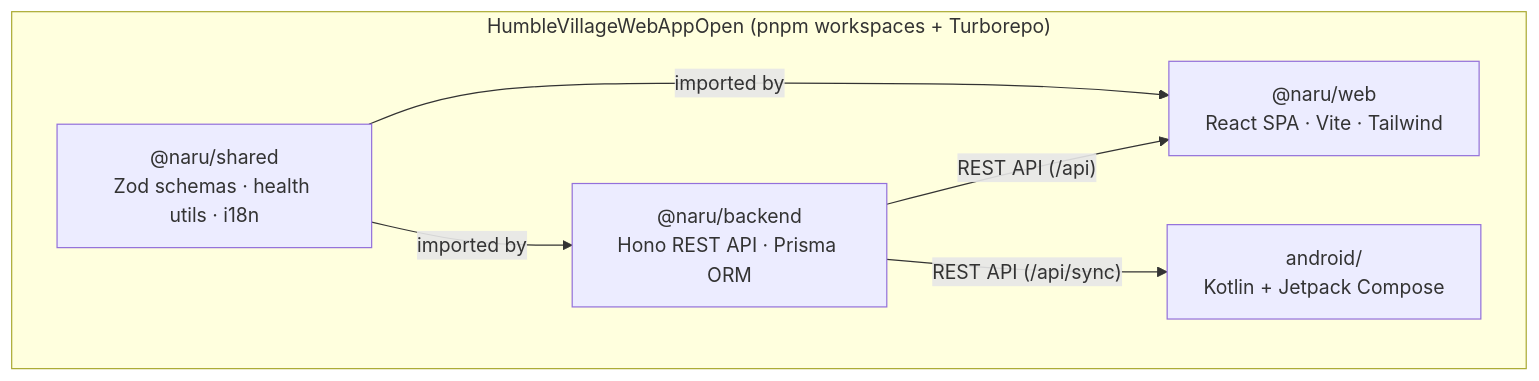
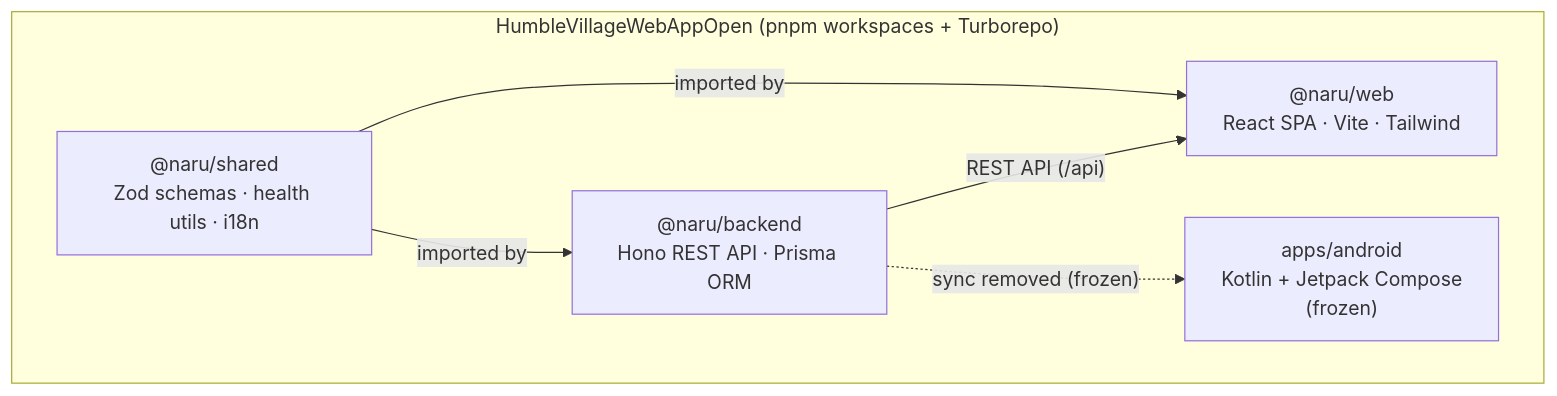
One commit to the-humble-village/naru_website changed the first of 10 diagrams in docs/ARCHITECTURE.md. Above: the diagram before and after it, drawn with Mermaid. The commit also changed 3 other files, not shown here.

First line of the commit message:
Add apps/android placeholder and fix stale Android docs

````diff
--- a/docs/ARCHITECTURE.md
+++ b/docs/ARCHITECTURE.md
@@ -11,14 +11,14 @@
 ```mermaid
 graph TD
     subgraph Monorepo["HumbleVillageWebAppOpen (pnpm workspaces + Turborepo)"]
         shared["@naru/shared<br/>Zod schemas · health utils · i18n"]
         backend["@naru/backend<br/>Hono REST API · Prisma ORM"]
         web["@naru/web<br/>React SPA · Vite · Tailwind"]
-        android["android/<br/>Kotlin + Jetpack Compose"]
+        android["apps/android<br/>Kotlin + Jetpack Compose<br/>(frozen)"]
     end
 
     shared -->|"imported by"| backend
     shared -->|"imported by"| web
     backend -->|"REST API (/api)"| web
-    backend -->|"REST API (/api/sync)"| android
+    backend -.->|"sync removed (frozen)"| android
 ```
````
